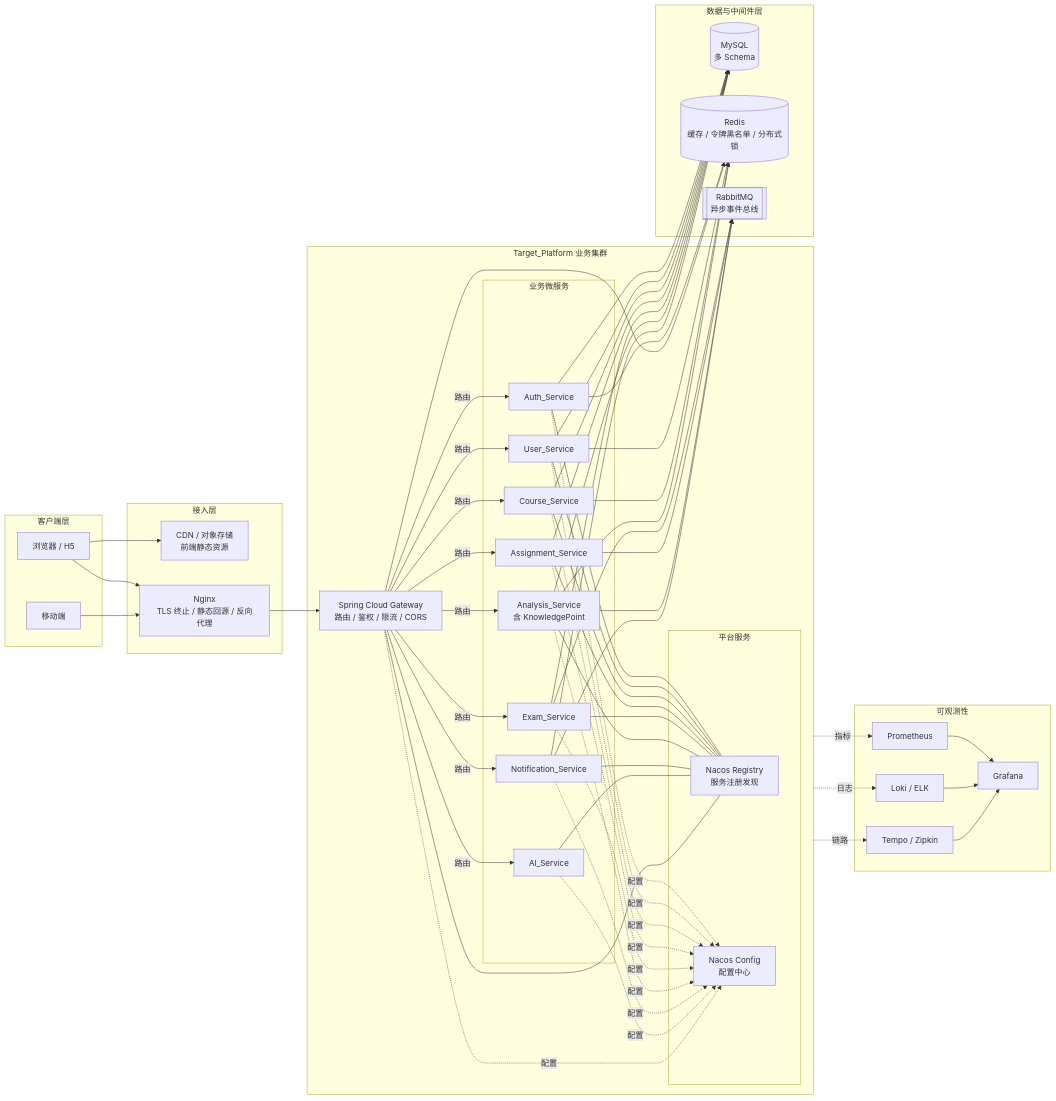
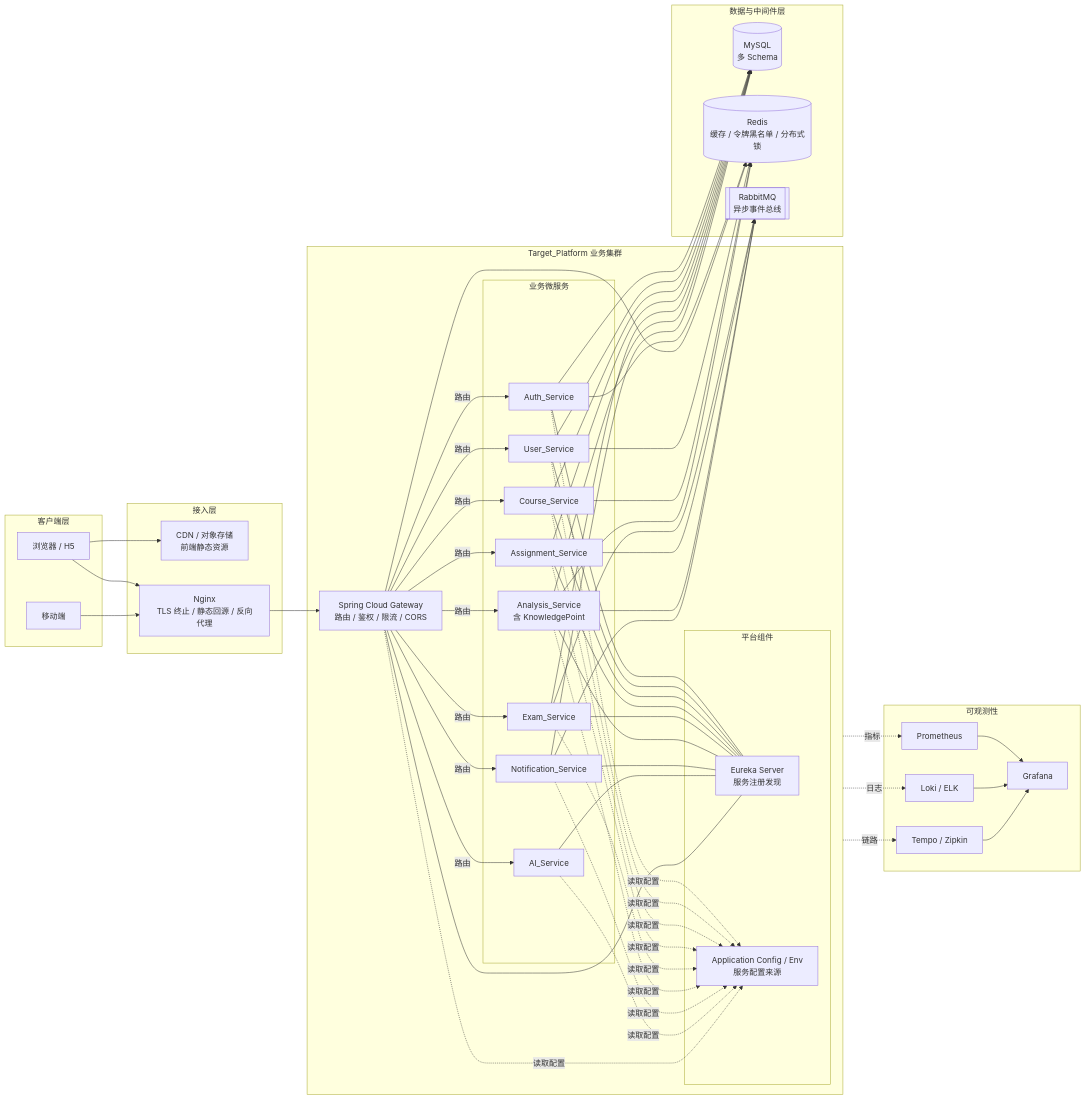
One commit to zz2338200436/qimo changed the first of 10 diagrams in .kiro/specs/spring-cloud-migration/design.md. Above: the diagram before and after it, drawn with Mermaid. The commit also changed other lines of this file and 566 other files, not shown here.

```diff
--- a/.kiro/specs/spring-cloud-migration/design.md
+++ b/.kiro/specs/spring-cloud-migration/design.md
@@ -54,9 +56,9 @@
             Notif[Notification_Service]
             AI[AI_Service]
         end
-        subgraph PlatformSvc["平台服务"]
-            Reg[Nacos Registry<br/>服务注册发现]
-            Cfg[Nacos Config<br/>配置中心]
+        subgraph PlatformSvc["平台组件"]
+            Reg[Eureka Server<br/>服务注册发现]
+            Cfg[Application Config / Env<br/>服务配置来源]
         end
     end
 
@@ -97,15 +99,15 @@
     AI --- Reg
     GW --- Reg
 
-    Auth -.配置.-> Cfg
-    User -.配置.-> Cfg
-    Course -.配置.-> Cfg
-    Assign -.配置.-> Cfg
-    Exam -.配置.-> Cfg
-    Analysis -.配置.-> Cfg
-    Notif -.配置.-> Cfg
-    AI -.配置.-> Cfg
-    GW -.配置.-> Cfg
+    Auth -.读取配置.-> Cfg
+    User -.读取配置.-> Cfg
+    Course -.读取配置.-> Cfg
+    Assign -.读取配置.-> Cfg
+    Exam -.读取配置.-> Cfg
+    Analysis -.读取配置.-> Cfg
+    Notif -.读取配置.-> Cfg
+    AI -.读取配置.-> Cfg
+    GW -.读取配置.-> Cfg
 
     Auth --> MySQL
     User --> MySQL
```
